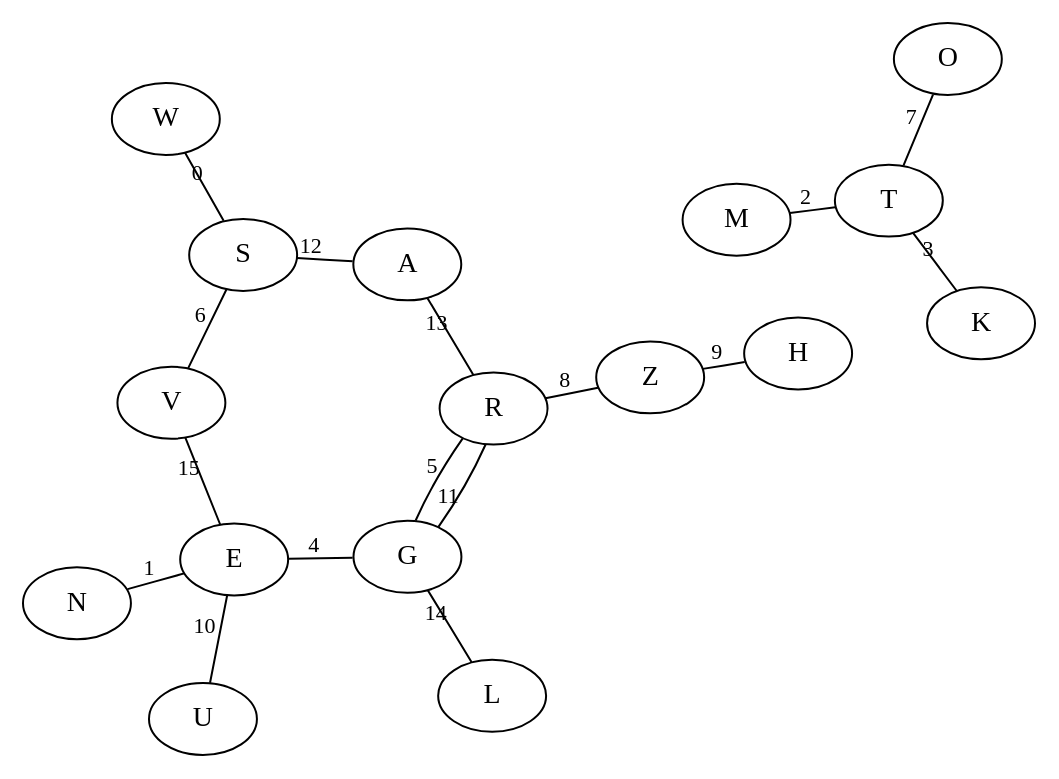
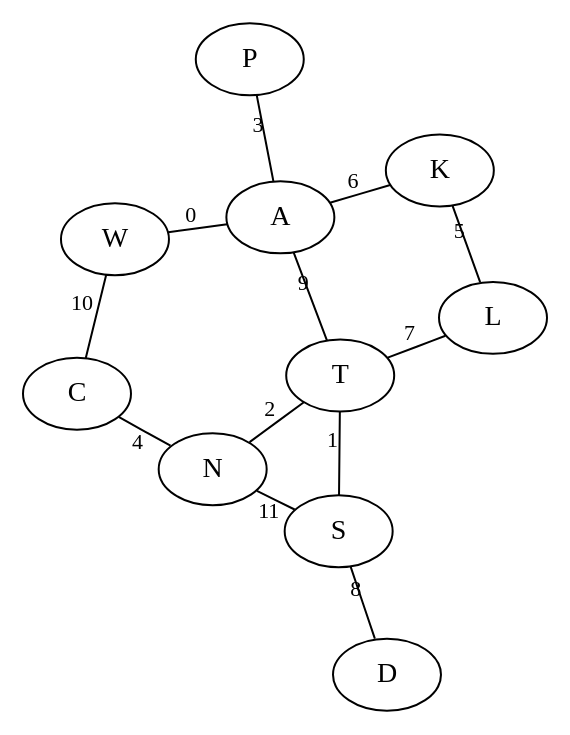
Before and after one commit to UPEV1sion/Enigma: the diagram in enigma_c/src/data/crib_cipher_cycle.dot, drawn with Graphviz. The commit also changed 3 other files, not shown here.

```diff
--- a/enigma_c/src/data/crib_cipher_cycle.dot
+++ b/enigma_c/src/data/crib_cipher_cycle.dot
@@ -1,20 +1,16 @@
 graph G {
 	layout=neato;
 	edge [fontsize=11];
-	"S" -- "W" [label="0"];
-	"N" -- "E" [label="1"];
-	"M" -- "T" [label="2"];
-	"K" -- "T" [label="3"];
-	"G" -- "E" [label="4"];
-	"G" -- "R" [label="5"];
-	"S" -- "V" [label="6"];
-	"T" -- "O" [label="7"];
-	"Z" -- "R" [label="8"];
-	"Z" -- "H" [label="9"];
-	"U" -- "E" [label="10"];
-	"G" -- "R" [label="11"];
-	"A" -- "S" [label="12"];
-	"R" -- "A" [label="13"];
-	"L" -- "G" [label="14"];
-	"V" -- "E" [label="15"];
+	"W" -- "A" [label="0"];
+	"S" -- "T" [label="1"];
+	"N" -- "T" [label="2"];
+	"P" -- "A" [label="3"];
+	"N" -- "C" [label="4"];
+	"L" -- "K" [label="5"];
+	"K" -- "A" [label="6"];
+	"L" -- "T" [label="7"];
+	"S" -- "D" [label="8"];
+	"T" -- "A" [label="9"];
+	"C" -- "W" [label="10"];
+	"S" -- "N" [label="11"];
 }
```
